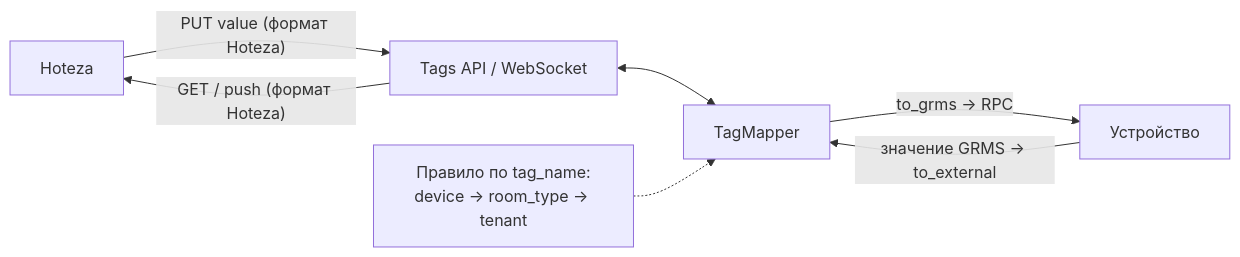
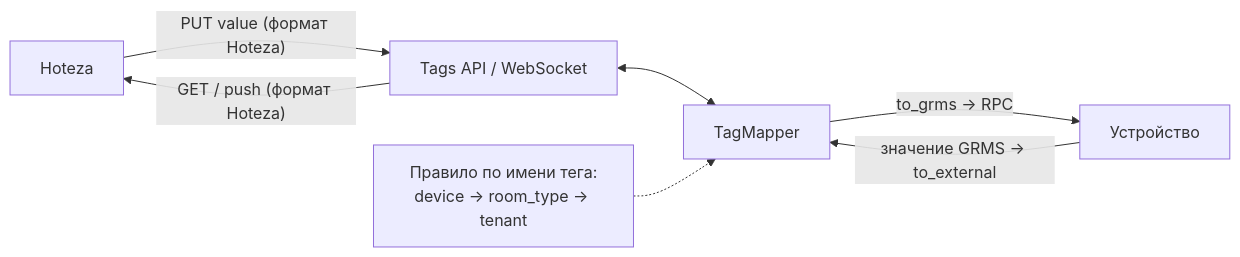
The diagram in backend/docs/mapping/value_mapping.md (bt-roomio/GRMS), drawn with Mermaid before and after one commit. The commit also changed other lines of this file and 14 other files, not shown here.

````diff
--- a/backend/docs/mapping/value_mapping.md
+++ b/backend/docs/mapping/value_mapping.md
@@ -38,9 +38,9 @@
 ```mermaid
 flowchart LR
     H[Hoteza] -- "PUT value (формат Hoteza)" --> API[Tags API / WebSocket]
     API -- "GET / push (формат Hoteza)" --> H
     API <--> M[TagMapper]
     M -- "to_grms → RPC" --> D[Устройство]
     D -- "значение GRMS → to_external" --> M
-    R["Правило по tag_name:<br/>device → room_type → tenant"] -.-> M
+    R["Правило по имени тега:<br/>device → room_type → tenant"] -.-> M
 ```
````
